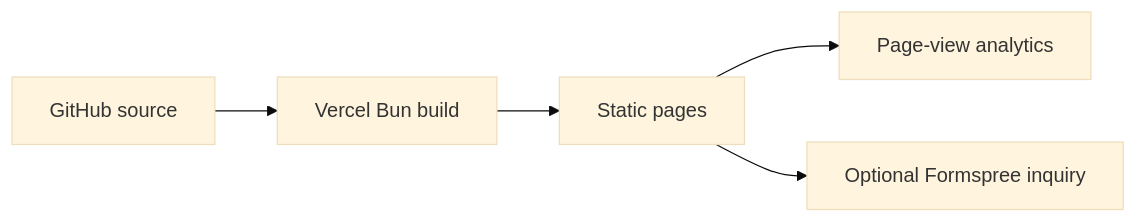
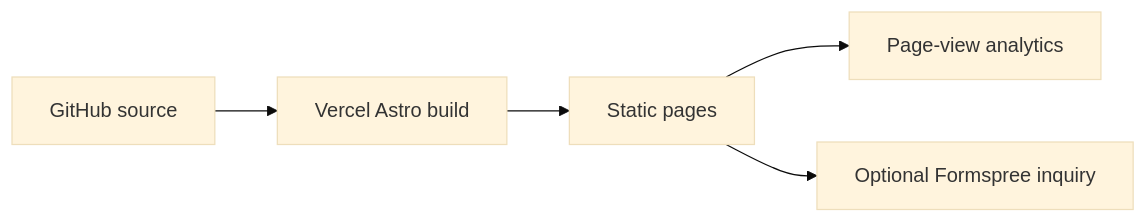
Before and after one commit to smeltery/adamou-financial-consulting: the diagram in docs/deployment.md, drawn with Mermaid (base theme). The commit also changed other lines of this file and 52 other files, not shown here.

````diff
--- a/docs/deployment.md
+++ b/docs/deployment.md
@@ -29,7 +31,7 @@
 ```mermaid
 flowchart LR
-  A[GitHub source] --> B[Vercel Bun build]
+  A[GitHub source] --> B[Vercel Astro build]
   B --> C[Static pages]
   C --> D[Page-view analytics]
   C --> E[Optional Formspree inquiry]
 ```
````
